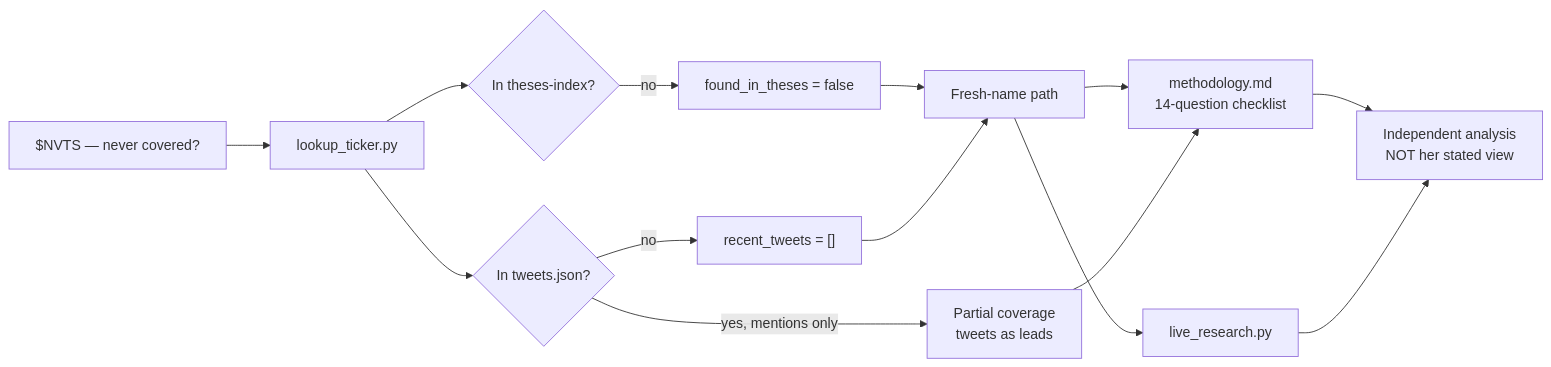
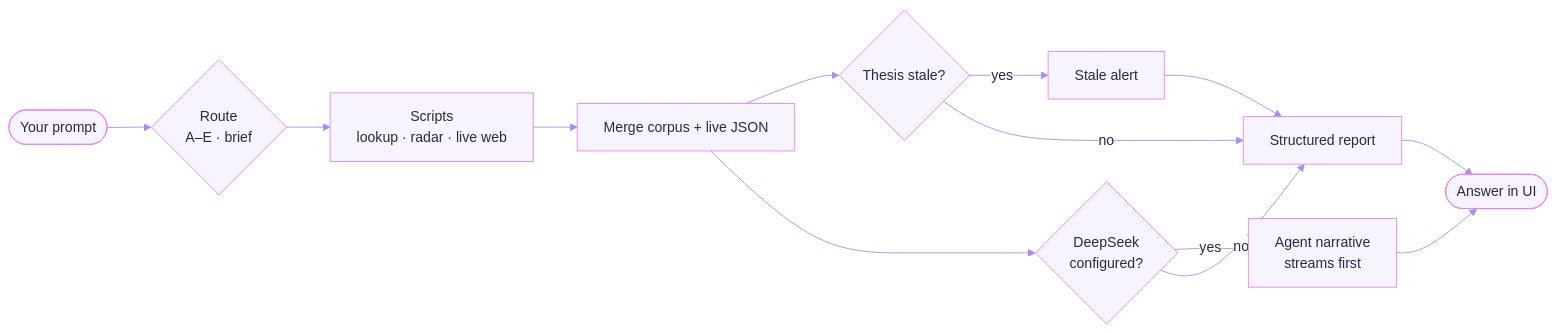
Before and after one commit to olaxbt/serenity-skill: the diagram in README.md, drawn with Mermaid. The commit also changed other lines of this file and 2 other files, not shown here.

````diff
--- a/README.md
+++ b/README.md
@@ -276,20 +166,26 @@
 ```mermaid
+%%{init: {'theme': 'base', 'themeVariables': {
+  'fontFamily': 'Inter, system-ui, sans-serif',
+  'primaryColor': '#f8f4ff',
+  'primaryBorderColor': '#e781fd',
+  'primaryTextColor': '#2d2640',
+  'secondaryColor': '#ffffff',
+  'tertiaryColor': '#faf8fc',
+  'lineColor': '#a78bfa',
+  'clusterBkg': '#fafafa',
+  'clusterBorder': '#e8e0f0'
+}}}%%
 flowchart LR
-    Q["$NVTS — never covered?"] --> LU["lookup_ticker.py"]
-    LU --> T{"In theses-index?"}
-    LU --> W{"In tweets.json?"}
-
-    T -->|no| F1["found_in_theses = false"]
-    W -->|no| F2["recent_tweets = []"]
-
-    F1 --> P["Fresh-name path"]
-    F2 --> P
-
-    P --> M["methodology.md<br/>14-question checklist"]
-    P --> LR2["live_research.py"]
-    M --> O["Independent analysis<br/>NOT her stated view"]
-    LR2 --> O
-
-    W -->|yes, mentions only| PART["Partial coverage<br/>tweets as leads"]
-    PART --> M
+  P(["Your prompt"]) --> R{"Route<br/>A–E · brief"}
+  R --> S["Scripts<br/>lookup · radar · live web"]
+  S --> M["Merge corpus + live JSON"]
+  M --> K{"Thesis stale?"}
+  K -->|yes| W["Stale alert"]
+  K -->|no| H["Structured report"]
+  W --> H
+  M --> L{"DeepSeek<br/>configured?"}
+  L -->|yes| A["Agent narrative<br/>streams first"]
+  L -->|no| H
+  A --> O(["Answer in UI"])
+  H --> O
 ```
````
